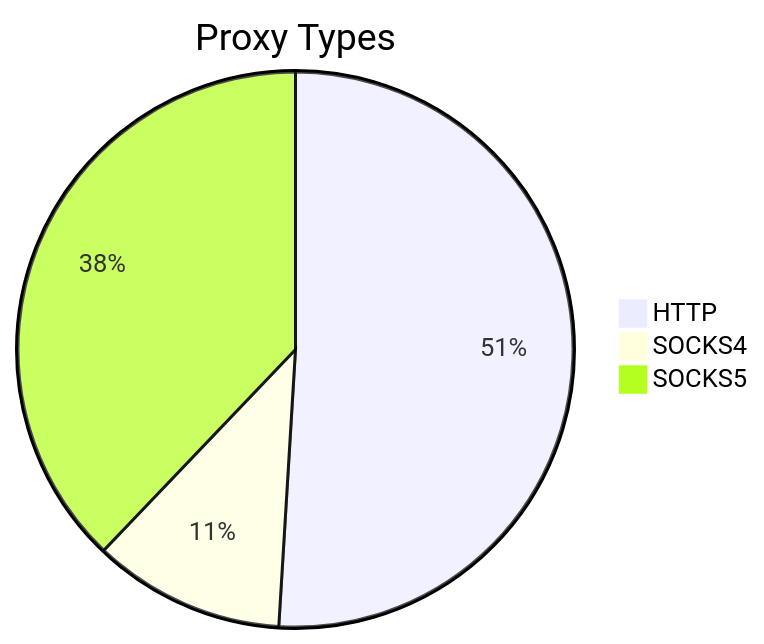
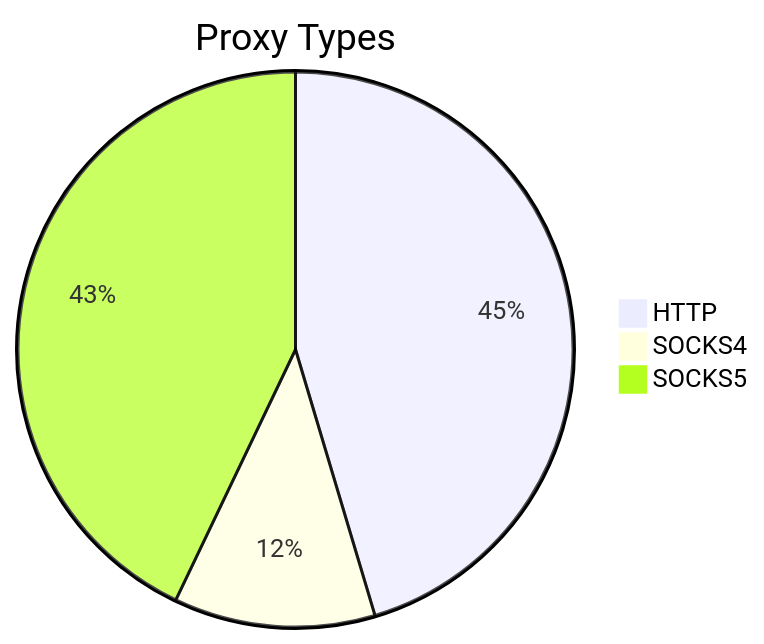
One commit to stormsia/proxy-list changed the first of 2 diagrams in README.md. Above: the diagram before and after it, drawn with Mermaid. The commit also changed other lines of this file, not shown here.

````diff
--- a/README.md
+++ b/README.md
@@ -21,6 +21,6 @@
 ```mermaid
 pie title Proxy Types
-    "HTTP" : 292
-    "SOCKS4" : 64
-    "SOCKS5" : 217
+    "HTTP" : 275
+    "SOCKS4" : 71
+    "SOCKS5" : 260
 ```
````
